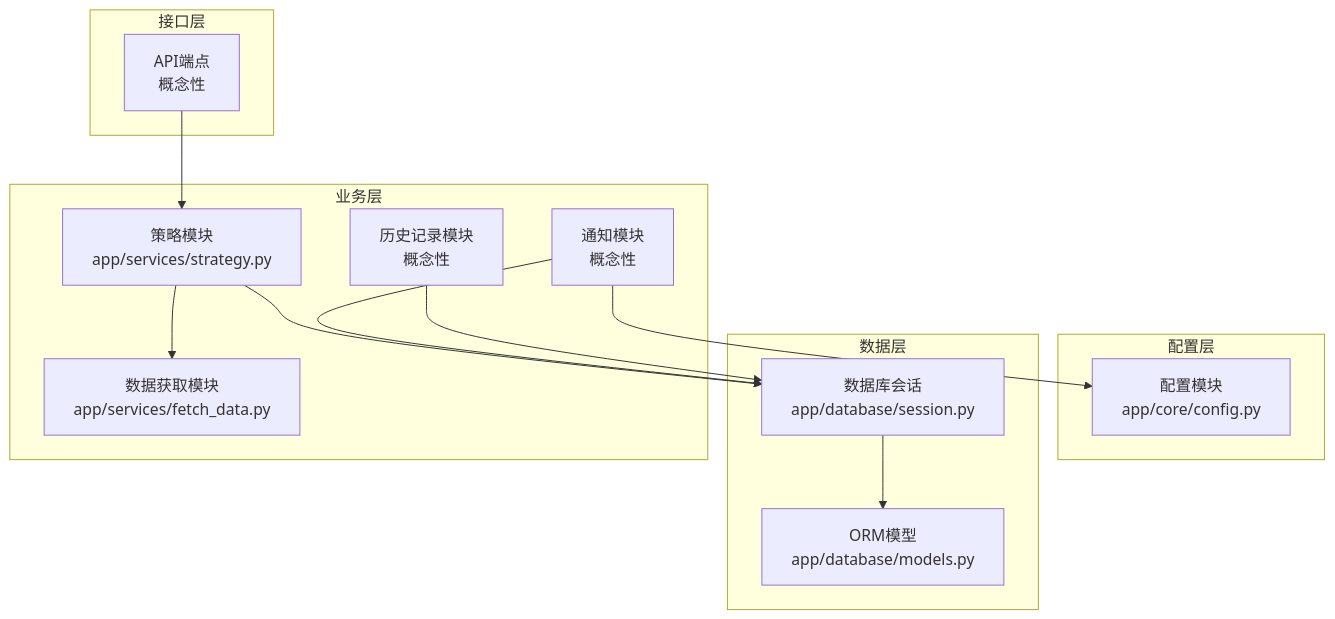
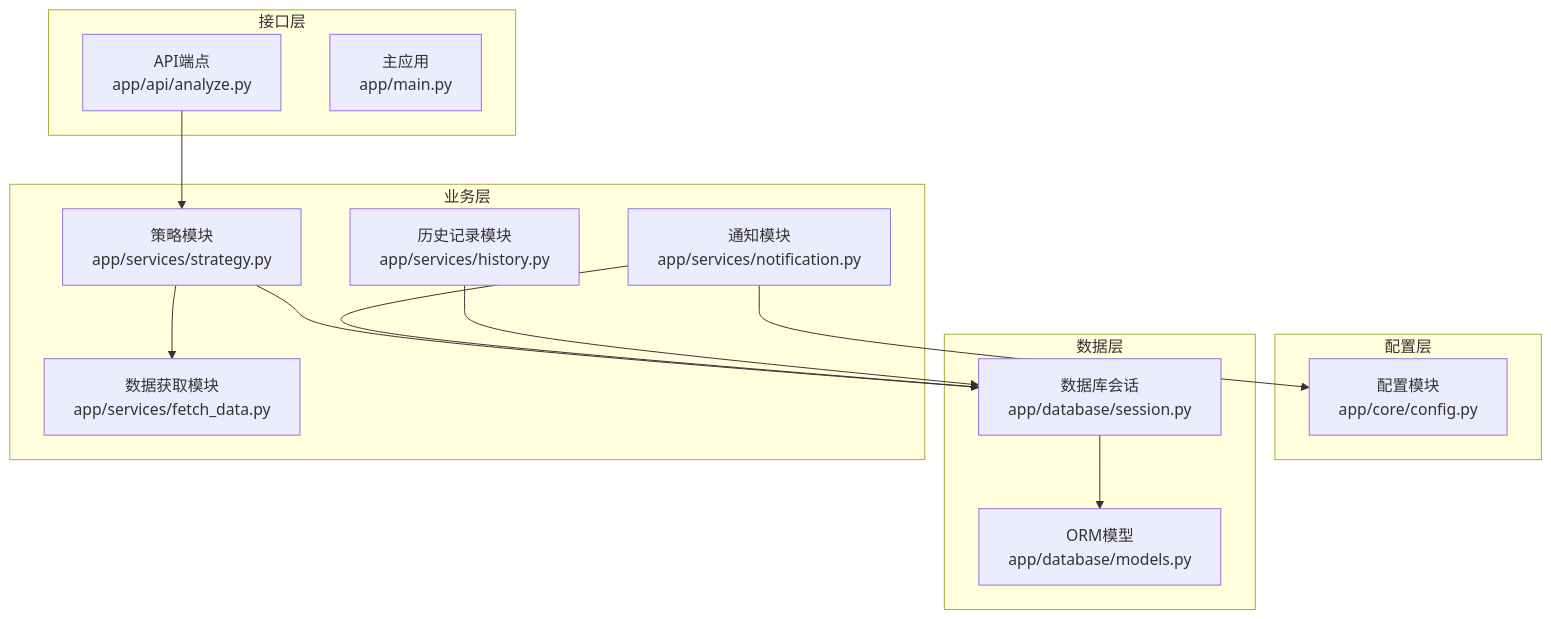
One commit to raymodny-ai/The-Modern-Turtle-Protocol changed the first of 4 diagrams in .qoder/repowiki/zh/content/核心功能模块/通知模块.md. Above: the diagram before and after it, drawn with Mermaid. The commit also changed other lines of this file and 15 other files, not shown here.

````diff
--- a/.qoder/repowiki/zh/content/核心功能模块/通知模块.md
+++ b/.qoder/repowiki/zh/content/核心功能模块/通知模块.md
@@ -40,26 +48,27 @@
 ```mermaid
 graph TB
 subgraph "配置层"
 CFG["配置模块<br/>app/core/config.py"]
 end
 subgraph "数据层"
 DB["数据库会话<br/>app/database/session.py"]
 MODELS["ORM模型<br/>app/database/models.py"]
 end
 subgraph "业务层"
 STRATEGY["策略模块<br/>app/services/strategy.py"]
 FETCH["数据获取模块<br/>app/services/fetch_data.py"]
-HISTORY["历史记录模块<br/>概念性"]
-NOTIF["通知模块<br/>概念性"]
+HISTORY["历史记录模块<br/>app/services/history.py"]
+NOTIF["通知模块<br/>app/services/notification.py"]
 end
 subgraph "接口层"
-API["API端点<br/>概念性"]
+API["API端点<br/>app/api/analyze.py"]
+MAIN["主应用<br/>app/main.py"]
 end
 API --> STRATEGY
 STRATEGY --> FETCH
 STRATEGY --> DB
 DB --> MODELS
 NOTIF --> CFG
 NOTIF --> DB
 HISTORY --> DB
 ```
````
